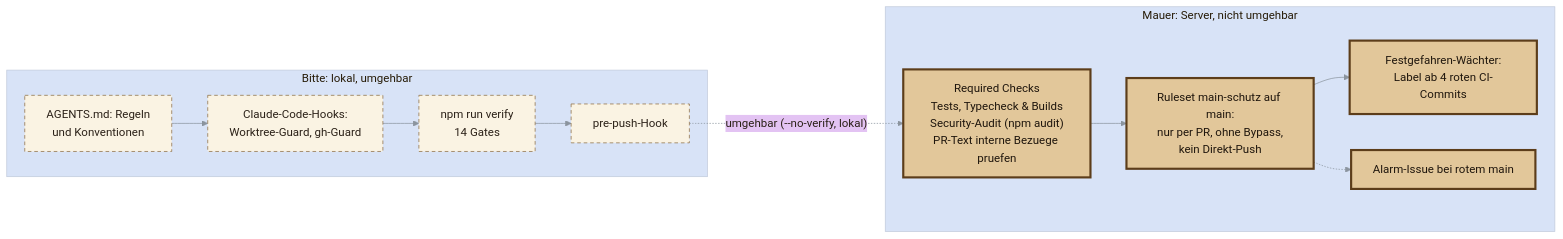
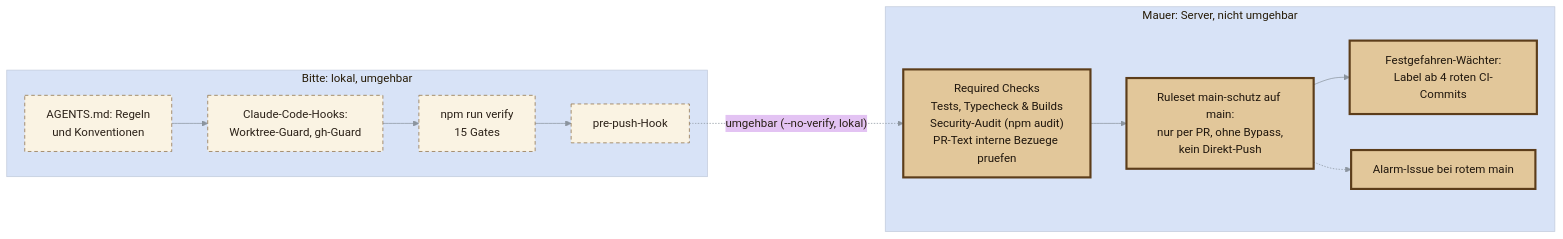
The third of 3 diagrams in docs/agent-harness.md (fluffels/kubernia), drawn with Mermaid before and after one commit. The commit also changed other lines of this file and 51 other files, not shown here.

````diff
--- a/docs/agent-harness.md
+++ b/docs/agent-harness.md
@@ -429,36 +430,36 @@
 ```mermaid
 ---
 config:
   theme: base
   look: classic
   layout: dagre
   themeVariables:
     lineColor: "#8b949e"
     primaryColor: "#f3e3c3"
     primaryTextColor: "#2b2118"
     primaryBorderColor: "#8a6a3f"
 ---
 flowchart LR
   subgraph bitte["Bitte: lokal, umgehbar"]
     regeln["AGENTS.md: Regeln<br/>und Konventionen"]
     hooks["Claude-Code-Hooks:<br/>Worktree-Guard, gh-Guard"]
-    verify["npm run verify<br/>14 Gates"]
+    verify["npm run verify<br/>15 Gates"]
     prepush["pre-push-Hook"]
   end
   subgraph mauer["Mauer: Server, nicht umgehbar"]
     checks["Required Checks<br/>Tests, Typecheck & Builds<br/>Security-Audit (npm audit)<br/>PR-Text interne Bezuege pruefen"]
     ruleset["Ruleset main-schutz auf main:<br/>nur per PR, ohne Bypass,<br/>kein Direkt-Push"]
     wachter["Festgefahren-Wächter:<br/>Label ab 4 roten CI-Commits"]
     alarm["Alarm-Issue bei rotem main"]
   end
   regeln --> hooks --> verify --> prepush
   prepush -. "umgehbar (--no-verify, lokal)" .-> checks
   checks --> ruleset
   ruleset --> wachter
   ruleset -.-> alarm
 
   classDef bittecls fill:#faf3e3,stroke:#8a6a3f,color:#2b2118,stroke-dasharray:5 4
   classDef mauercls fill:#e2c79a,stroke:#5c3d1a,color:#1f160d,stroke-width:3px
   class regeln,hooks,verify,prepush bittecls
   class checks,ruleset,wachter,alarm mauercls
 ```
````
